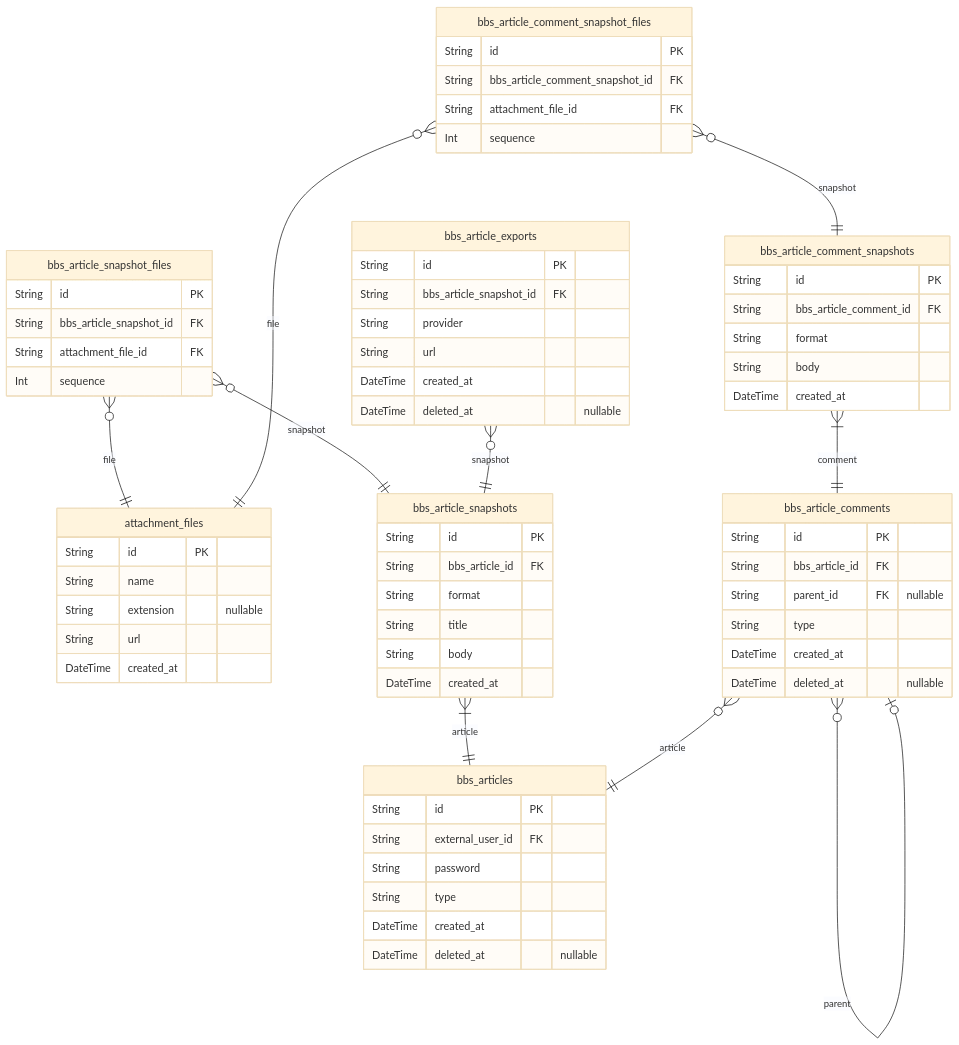
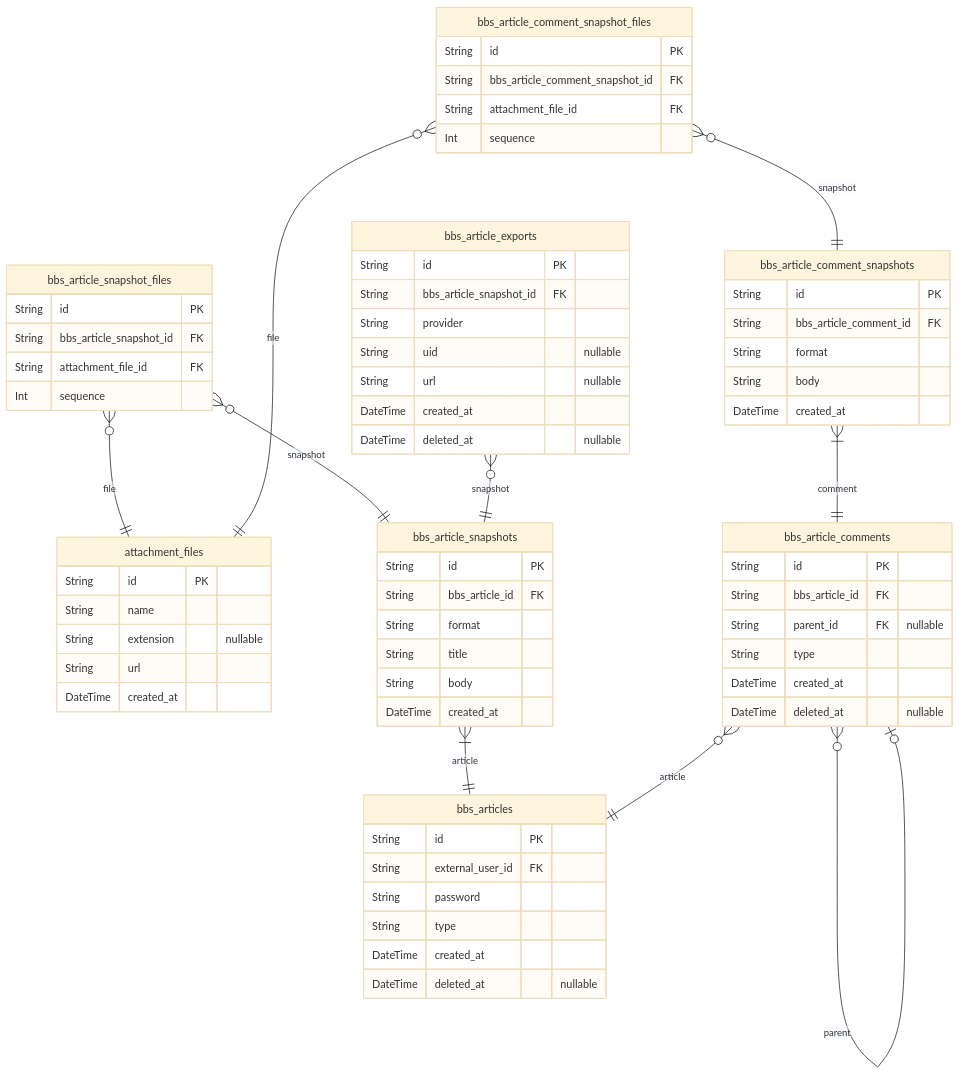
One commit to wrtnio/connectors changed the fourth of 8 diagrams in docs/ERD.md. Above: the diagram before and after it, drawn with Mermaid (base theme). The commit also changed other lines of this file and 10 other files, not shown here.

````diff
--- a/docs/ERD.md
+++ b/docs/ERD.md
@@ -117,70 +117,71 @@
 ```mermaid
 erDiagram
 "attachment_files" {
   String id PK
   String name
   String extension "nullable"
   String url
   DateTime created_at
 }
 "bbs_articles" {
   String id PK
   String external_user_id FK
   String password
   String type
   DateTime created_at
   DateTime deleted_at "nullable"
 }
 "bbs_article_snapshots" {
   String id PK
   String bbs_article_id FK
   String format
   String title
   String body
   DateTime created_at
 }
 "bbs_article_snapshot_files" {
   String id PK
   String bbs_article_snapshot_id FK
   String attachment_file_id FK
   Int sequence
 }
 "bbs_article_comments" {
   String id PK
   String bbs_article_id FK
   String parent_id FK "nullable"
   String type
   DateTime created_at
   DateTime deleted_at "nullable"
 }
 "bbs_article_comment_snapshots" {
   String id PK
   String bbs_article_comment_id FK
   String format
   String body
   DateTime created_at
 }
 "bbs_article_comment_snapshot_files" {
   String id PK
   String bbs_article_comment_snapshot_id FK
   String attachment_file_id FK
   Int sequence
 }
 "bbs_article_exports" {
   String id PK
   String bbs_article_snapshot_id FK
   String provider
-  String url
+  String uid "nullable"
+  String url "nullable"
   DateTime created_at
   DateTime deleted_at "nullable"
 }
 "bbs_article_snapshots" }|--|| "bbs_articles" : article
 "bbs_article_snapshot_files" }o--|| "bbs_article_snapshots" : snapshot
 "bbs_article_snapshot_files" }o--|| "attachment_files" : file
 "bbs_article_comments" }o--|| "bbs_articles" : article
 "bbs_article_comments" }o--o| "bbs_article_comments" : parent
 "bbs_article_comment_snapshots" }|--|| "bbs_article_comments" : comment
 "bbs_article_comment_snapshot_files" }o--|| "bbs_article_comment_snapshots" : snapshot
 "bbs_article_comment_snapshot_files" }o--|| "attachment_files" : file
 "bbs_article_exports" }o--|| "bbs_article_snapshots" : snapshot
 ```
````
